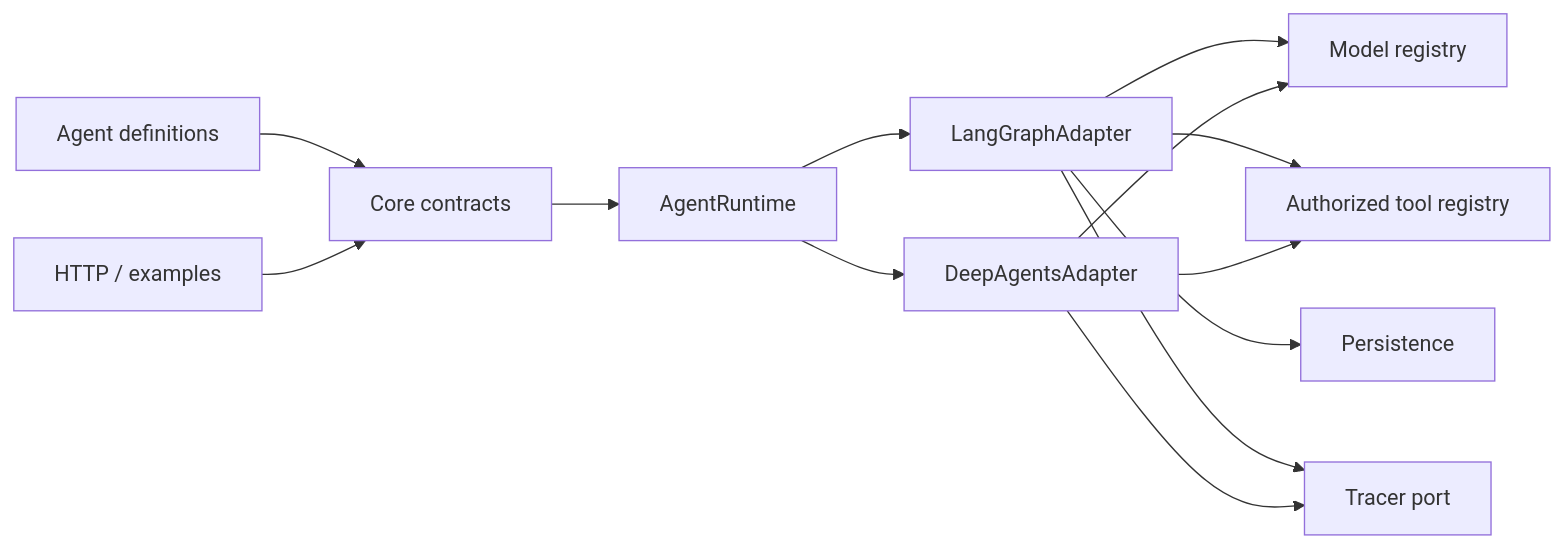
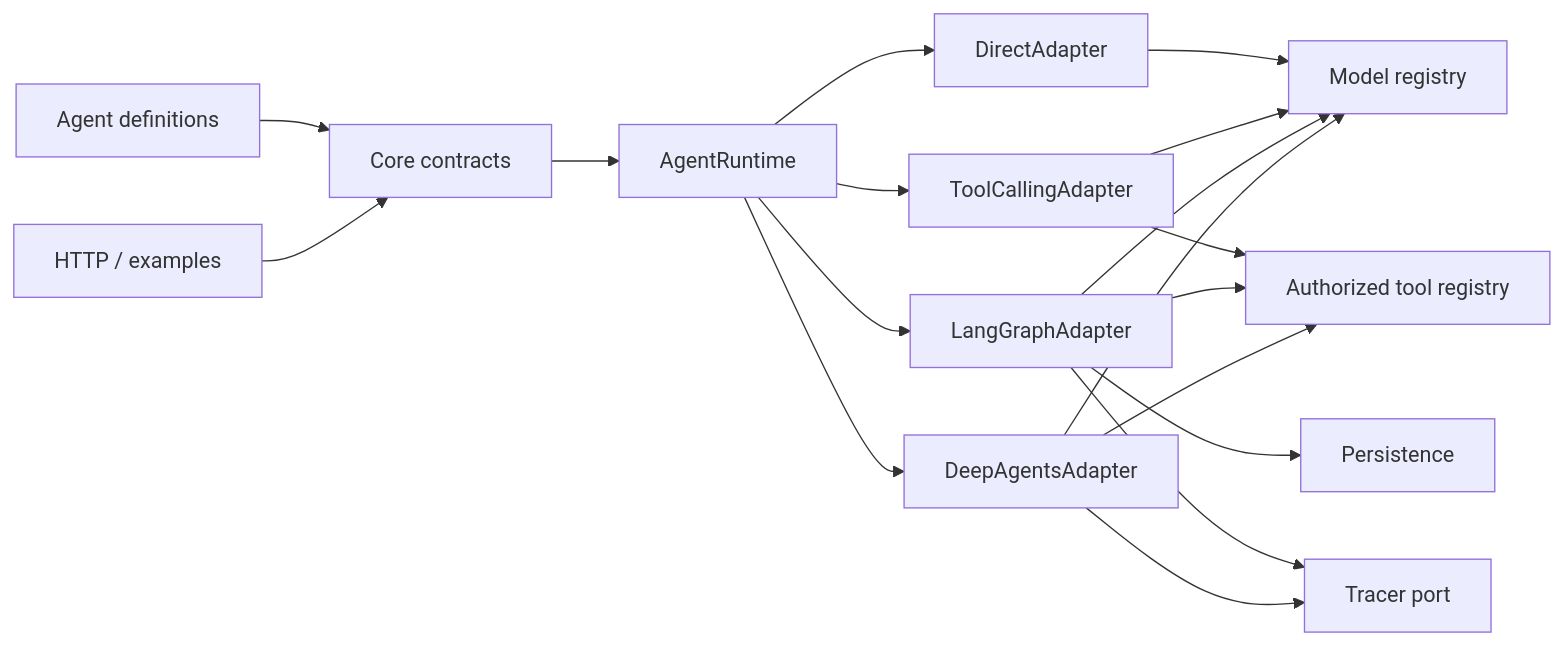
One commit to sarreche/boio-agents-lab changed the diagram in docs/01-architecture.md. Above: the diagram before and after it, drawn with Mermaid. The commit also changed other lines of this file and 27 other files, not shown here.

Commit message:
feat(tools): add researcher tool runtime

````diff
--- a/docs/01-architecture.md
+++ b/docs/01-architecture.md
@@ -14,15 +16,20 @@
 ```mermaid
 flowchart LR
     Agents[Agent definitions] --> Core[Core contracts]
     API[HTTP / examples] --> Core
     Core --> RuntimePort[AgentRuntime]
+    RuntimePort --> DirectAdapter
+    RuntimePort --> ToolCallingAdapter
     RuntimePort --> LangGraphAdapter
     RuntimePort --> DeepAgentsAdapter
+    DirectAdapter --> Providers[Model registry]
+    ToolCallingAdapter --> Providers
+    ToolCallingAdapter --> Tools[Authorized tool registry]
     LangGraphAdapter --> Providers[Model registry]
     DeepAgentsAdapter --> Providers
-    LangGraphAdapter --> Tools[Authorized tool registry]
+    LangGraphAdapter --> Tools
     DeepAgentsAdapter --> Tools
     LangGraphAdapter --> Persistence
     LangGraphAdapter --> Tracing[Tracer port]
     DeepAgentsAdapter --> Tracing
 ```
````
